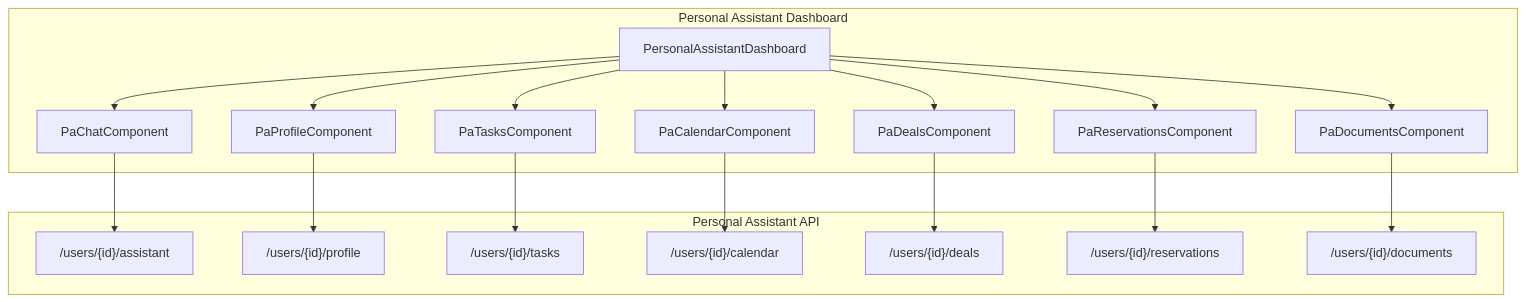
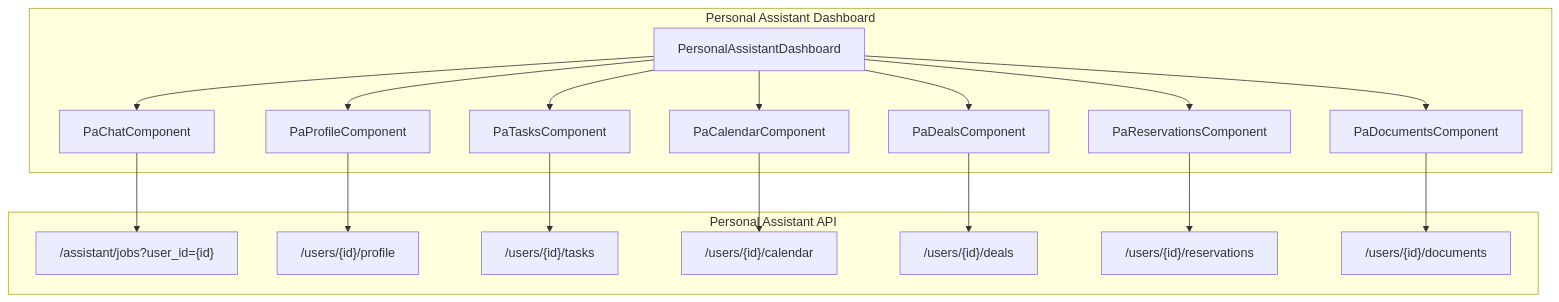
One commit to deepthought42/Khala-Agentic-AI-Teams changed the second of 2 diagrams in user-interface/docs/ARCHITECTURE.md. Above: the diagram before and after it, drawn with Mermaid. The commit also changed 44 other files, not shown here.

````diff
--- a/user-interface/docs/ARCHITECTURE.md
+++ b/user-interface/docs/ARCHITECTURE.md
@@ -101,22 +101,22 @@
 ```mermaid
 flowchart TB
   subgraph pa [Personal Assistant Dashboard]
     PAD[PersonalAssistantDashboard]
     PAD --> Chat[PaChatComponent]
     PAD --> Profile[PaProfileComponent]
     PAD --> Tasks[PaTasksComponent]
     PAD --> Calendar[PaCalendarComponent]
     PAD --> Deals[PaDealsComponent]
     PAD --> Reservations[PaReservationsComponent]
     PAD --> Documents[PaDocumentsComponent]
   end
   subgraph api [Personal Assistant API]
-    Chat --> AssistantEndpoint["/users/{id}/assistant"]
+    Chat --> AssistantEndpoint["/assistant/jobs?user_id={id}"]
     Profile --> ProfileEndpoint["/users/{id}/profile"]
     Tasks --> TasksEndpoint["/users/{id}/tasks"]
     Calendar --> CalendarEndpoint["/users/{id}/calendar"]
     Deals --> DealsEndpoint["/users/{id}/deals"]
     Reservations --> ReservationsEndpoint["/users/{id}/reservations"]
     Documents --> DocumentsEndpoint["/users/{id}/documents"]
   end
 ```
````
